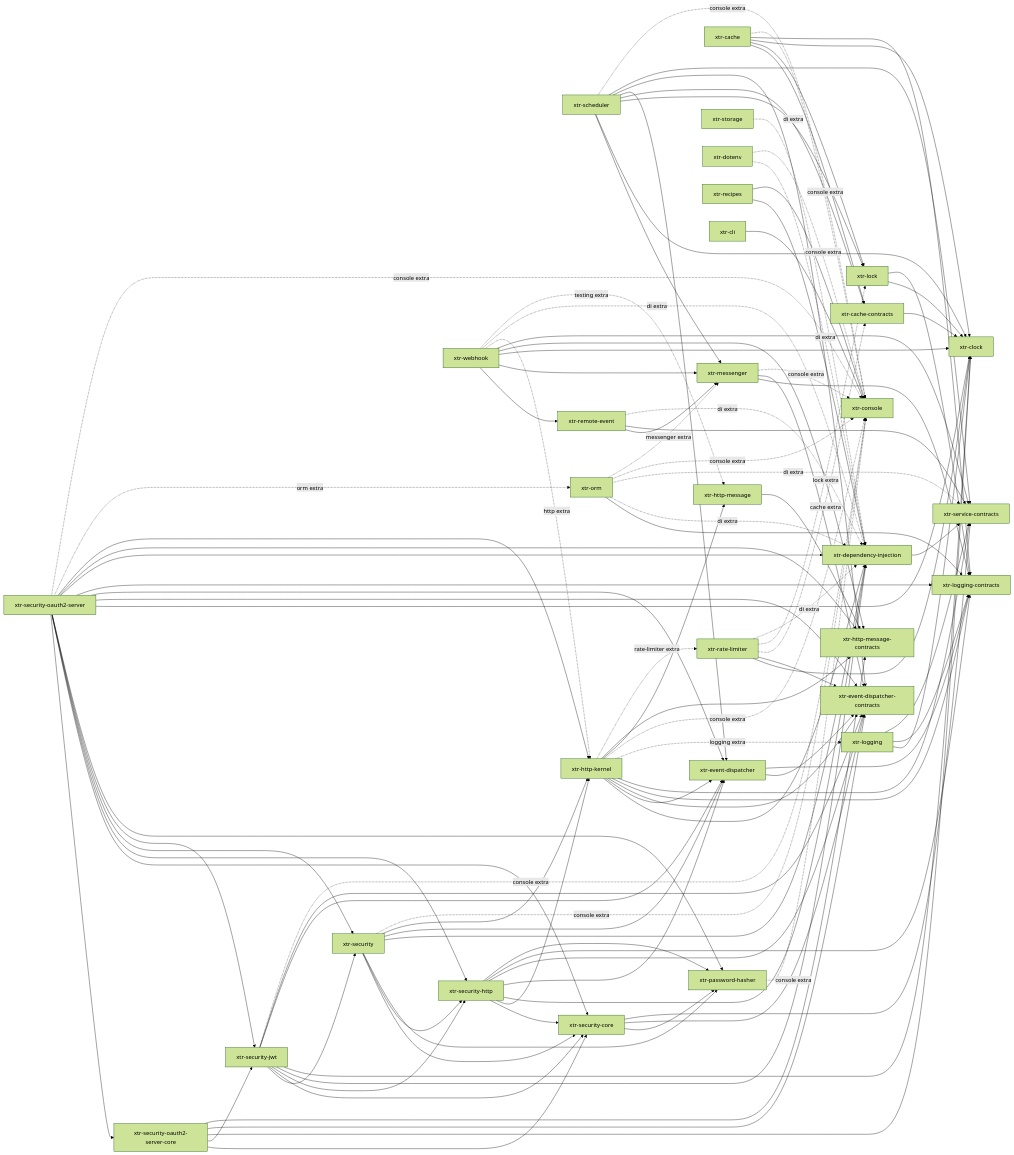
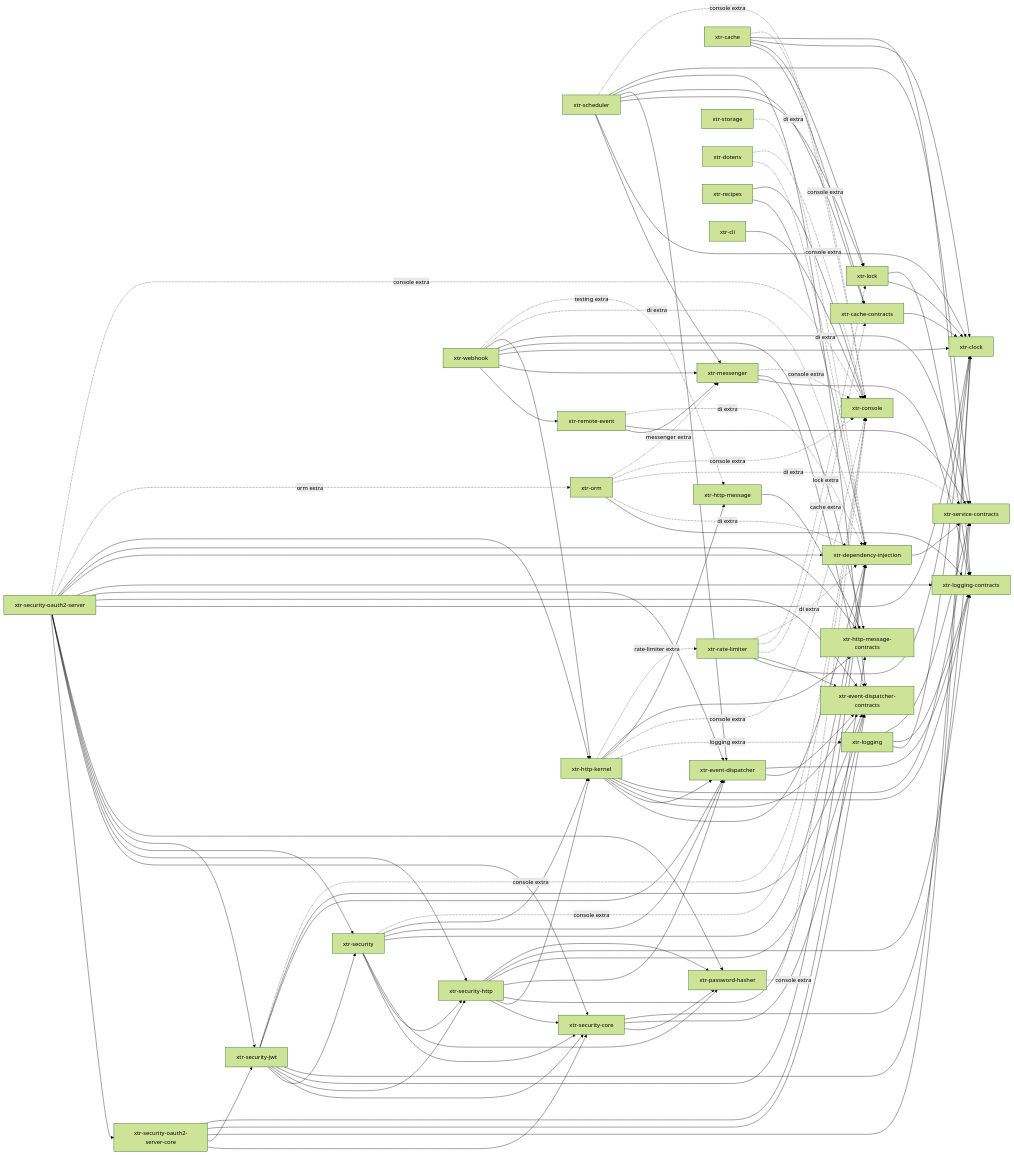
The diagram in README.md (xterr/python-xtr), drawn with Mermaid (forest theme) before and after one commit. The commit also changed 16 other files, not shown here.

Commit message:
refactor: contribute the webhook endpoint through a route loader, make the http kernel a dependency, and inject the routed parsers into the controller

```diff
--- a/README.md
+++ b/README.md
@@ -164,7 +164,7 @@
     webhook --> clock
     webhook --> httpmsgcon
     webhook --> svccon
-    webhook -. http extra .-> httpkernel
+    webhook --> httpkernel
     webhook -. di extra .-> di
     webhook -. testing extra .-> httpmsg
     remoteevent -. di extra .-> di
```
